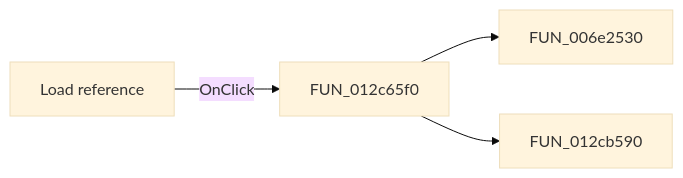
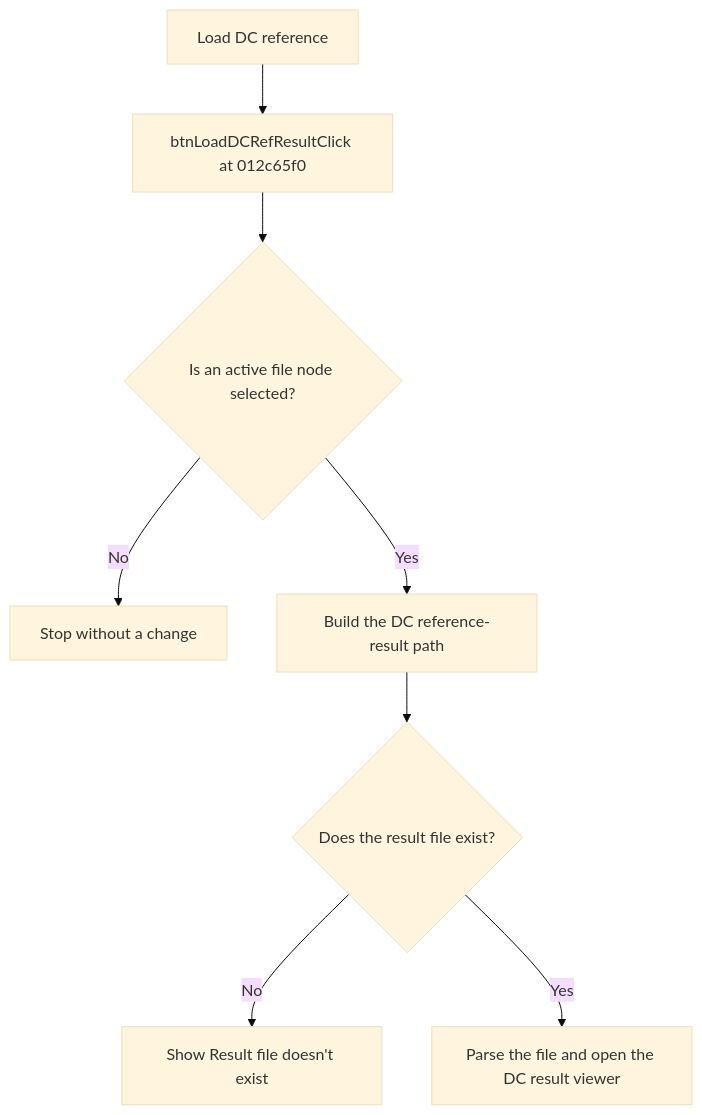
The diagram in docs/ui-controls/frmtestbencheditor/btnloaddcrefresult-b5cfcd6861.md (MovGP0/TIARA), drawn with Mermaid (base theme) before and after one commit. The commit also changed other lines of this file and 387 other files, not shown here.

````diff
--- a/docs/ui-controls/frmtestbencheditor/btnloaddcrefresult-b5cfcd6861.md
+++ b/docs/ui-controls/frmtestbencheditor/btnloaddcrefresult-b5cfcd6861.md
@@ -27,6 +19,10 @@
 ```mermaid
-flowchart LR
-    control["Load reference"] -->|OnClick| handler["FUN_012c65f0"]
-    handler --> call1["FUN_006e2530"]
-    handler --> call2["FUN_012cb590"]
+flowchart TD
+    control["Load DC reference"] --> handler["btnLoadDCRefResultClick at 012c65f0"]
+    handler --> selected{"Is an active file node selected?"}
+    selected -->|No| stop["Stop without a change"]
+    selected -->|Yes| path["Build the DC reference-result path"]
+    path --> exists{"Does the result file exist?"}
+    exists -->|No| error["Show Result file doesn't exist"]
+    exists -->|Yes| viewer["Parse the file and open the DC result viewer"]
 ```
````
